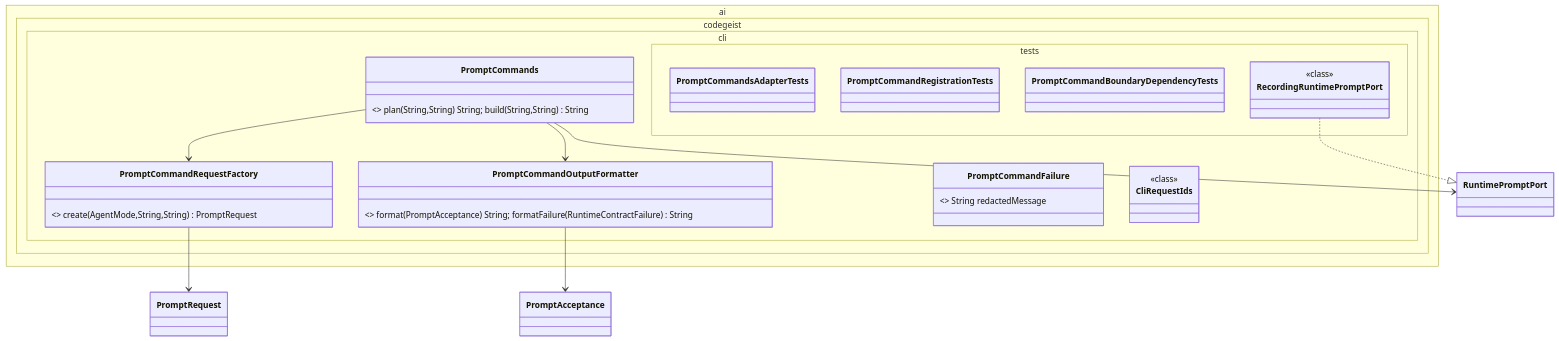
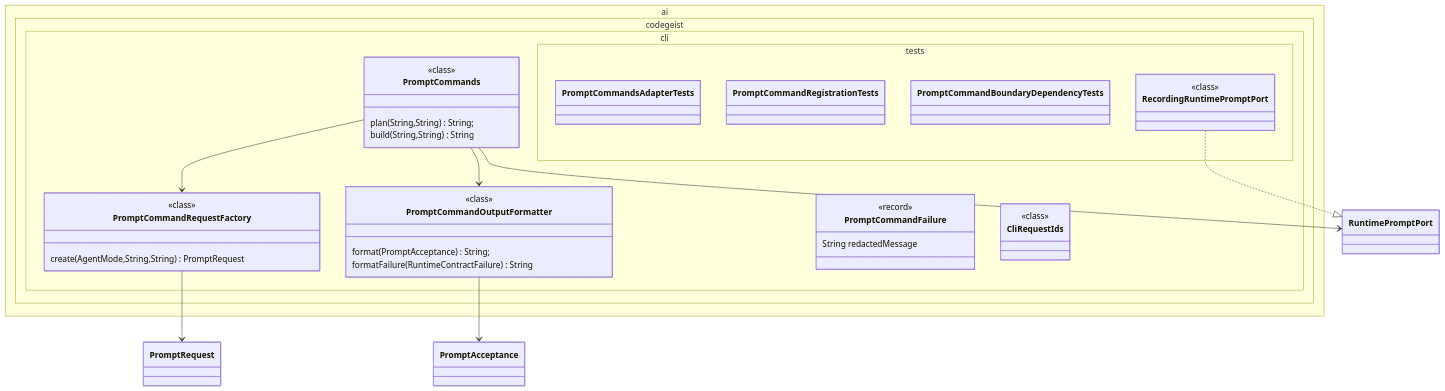
The diagram in docs/developer/implementation/cli-prompt-command-implementation.md (codegeist-ai/codegeist), drawn with Mermaid before and after one commit. The commit also changed 17 other files, not shown here.

First line of the commit message:
docs(diagrams): format Mermaid class bodies

````diff
--- a/docs/developer/implementation/cli-prompt-command-implementation.md
+++ b/docs/developer/implementation/cli-prompt-command-implementation.md
@@ -29,24 +29,42 @@
 ```mermaid
 classDiagram
     namespace ai.codegeist.cli {
-        class PromptCommands { <<class>> plan(String,String) String; build(String,String) String }
-        class PromptCommandRequestFactory { <<class>> create(AgentMode,String,String) PromptRequest }
-        class PromptCommandOutputFormatter { <<class>> format(PromptAcceptance) String; formatFailure(RuntimeContractFailure) String }
-        class PromptCommandFailure { <<record>> String redactedMessage }
-        class CliRequestIds { <<class>> }
+        class PromptCommands {
+          <<class>>
+          plan(String,String) String;
+          build(String,String) String
+        }
+        class PromptCommandRequestFactory {
+          <<class>>
+          create(AgentMode,String,String) PromptRequest
+        }
+        class PromptCommandOutputFormatter {
+          <<class>>
+          format(PromptAcceptance) String;
+          formatFailure(RuntimeContractFailure) String
+        }
+        class PromptCommandFailure {
+          <<record>>
+          String redactedMessage
+        }
+        class CliRequestIds {
+          <<class>>
+        }
     }
 
     namespace ai.codegeist.cli.tests {
         class PromptCommandsAdapterTests
         class PromptCommandRegistrationTests
         class PromptCommandBoundaryDependencyTests
-        class RecordingRuntimePromptPort { <<class>> }
+        class RecordingRuntimePromptPort {
+          <<class>>
+        }
     }
 
     PromptCommands --> PromptCommandRequestFactory
     PromptCommands --> PromptCommandOutputFormatter
     PromptCommands --> RuntimePromptPort
     PromptCommandRequestFactory --> PromptRequest
     PromptCommandOutputFormatter --> PromptAcceptance
     RecordingRuntimePromptPort ..|> RuntimePromptPort
 ```
````
